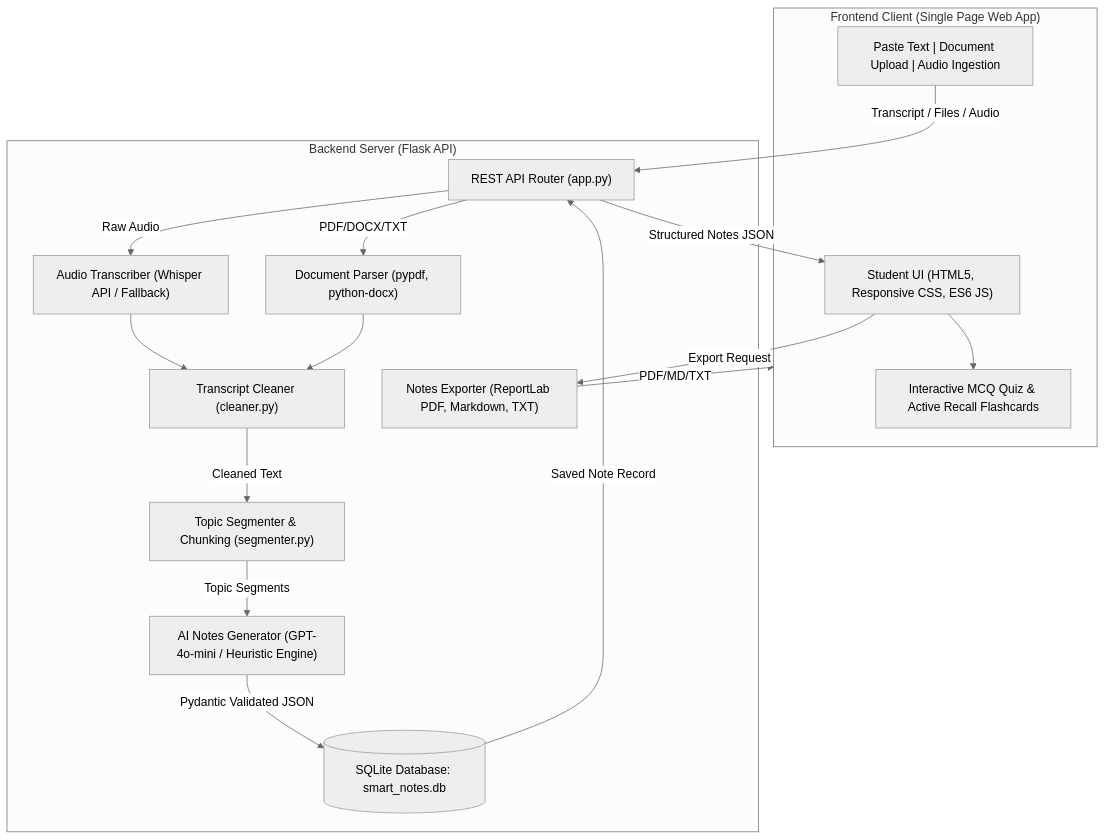
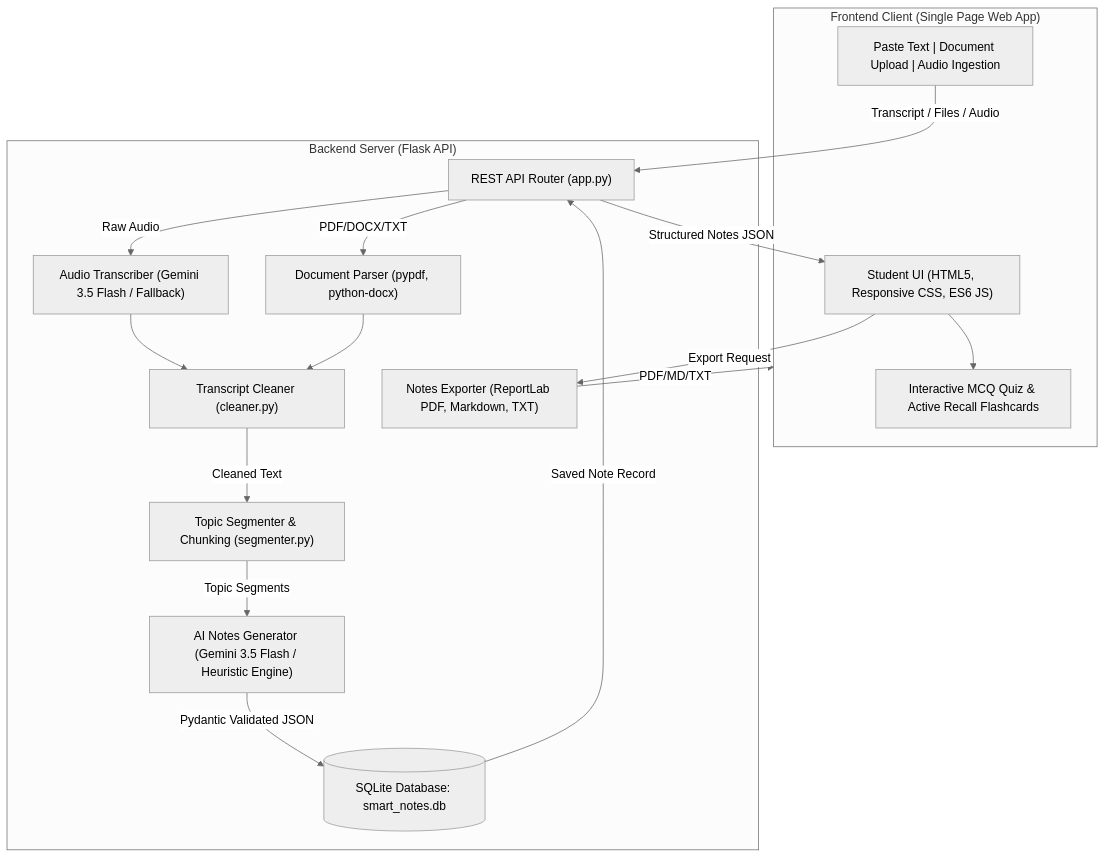
The diagram in README.md (riyagargsml28/Smart-note-generator), drawn with Mermaid (neutral theme) before and after one commit. The commit also changed other lines of this file and 13 other files, not shown here.

````diff
--- a/README.md
+++ b/README.md
@@ -37,33 +37,33 @@
 ```mermaid
 flowchart TD
     subgraph Client["Frontend Client (Single Page Web App)"]
         UI["Student UI (HTML5, Responsive CSS, ES6 JS)"]
         Tabs["Paste Text | Document Upload | Audio Ingestion"]
         QuizEngine["Interactive MCQ Quiz & Active Recall Flashcards"]
     end
 
     subgraph Server["Backend Server (Flask API)"]
         API["REST API Router (app.py)"]
         Cleaner["Transcript Cleaner (cleaner.py)"]
         Segmenter["Topic Segmenter & Chunking (segmenter.py)"]
         Parser["Document Parser (pypdf, python-docx)"]
-        Transcriber["Audio Transcriber (Whisper API / Fallback)"]
-        AIEngine["AI Notes Generator (GPT-4o-mini / Heuristic Engine)"]
+        Transcriber["Audio Transcriber (Gemini 3.5 Flash / Fallback)"]
+        AIEngine["AI Notes Generator (Gemini 3.5 Flash / Heuristic Engine)"]
         Exporter["Notes Exporter (ReportLab PDF, Markdown, TXT)"]
         DB[(SQLite Database: smart_notes.db)]
     end
 
     Tabs -->|Transcript / Files / Audio| API
     API -->|Raw Audio| Transcriber
     API -->|PDF/DOCX/TXT| Parser
     Transcriber --> Cleaner
     Parser --> Cleaner
     Cleaner -->|Cleaned Text| Segmenter
     Segmenter -->|Topic Segments| AIEngine
     AIEngine -->|Pydantic Validated JSON| DB
     DB -->|Saved Note Record| API
     API -->|Structured Notes JSON| UI
     UI --> QuizEngine
     UI -->|Export Request| Exporter
     Exporter -->|PDF/MD/TXT| Client
 ```
````
